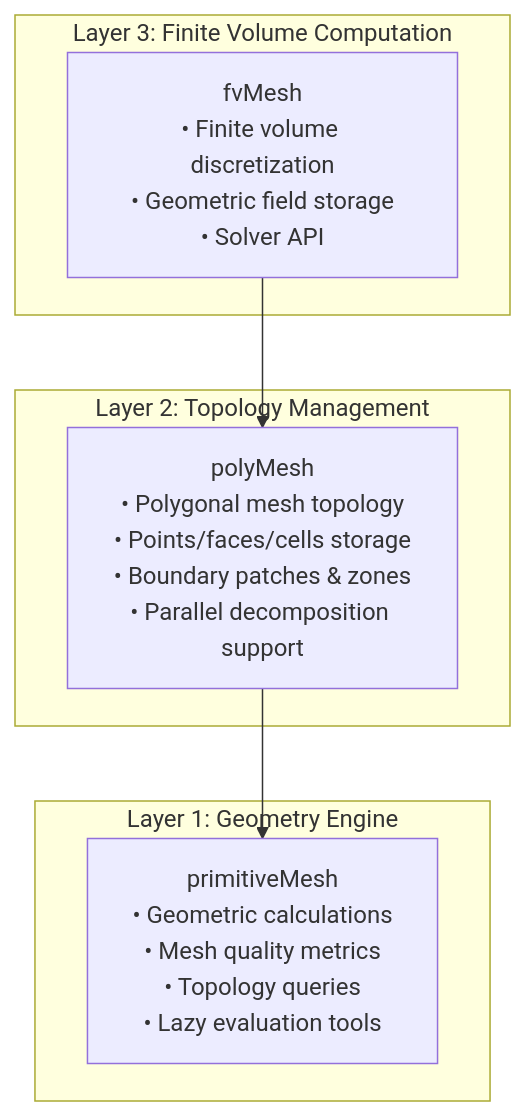
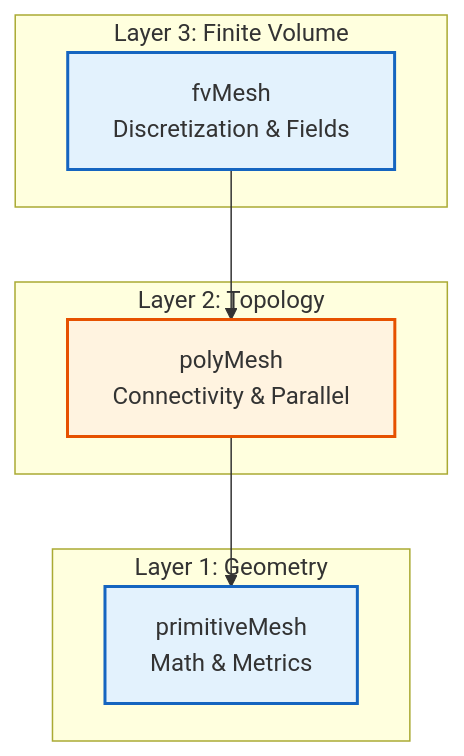
The diagram in MODULE_05_OPENFOAM_PROGRAMMING/CONTENT/04_MESH_CLASSES/00_Overview.md (wramet/build-my-cfd), drawn with Mermaid before and after one commit. The commit also changed 313 other files, not shown here.

Commit message:
Revise all diagram

````diff
--- a/MODULE_05_OPENFOAM_PROGRAMMING/CONTENT/04_MESH_CLASSES/00_Overview.md
+++ b/MODULE_05_OPENFOAM_PROGRAMMING/CONTENT/04_MESH_CLASSES/00_Overview.md
@@ -25,17 +25,21 @@
 ```mermaid
 flowchart TD
-    subgraph Layer3["Layer 3: Finite Volume Computation"]
-        FVM["fvMesh<br/>• Finite volume discretization<br/>• Geometric field storage<br/>• Solver API"]
-    end
+%% Classes
+classDef explicit fill:#fff3e0,stroke:#e65100,stroke-width:2px;
+classDef implicit fill:#e3f2fd,stroke:#1565c0,stroke-width:2px;
+%% Nodes
+subgraph Layer3 [Layer 3: Finite Volume]
+    FVM[fvMesh<br/>Discretization & Fields]:::implicit
+end
 
-    subgraph Layer2["Layer 2: Topology Management"]
-        PM["polyMesh<br/>• Polygonal mesh topology<br/>• Points/faces/cells storage<br/>• Boundary patches & zones<br/>• Parallel decomposition support"]
-    end
+subgraph Layer2 [Layer 2: Topology]
+    PM[polyMesh<br/>Connectivity & Parallel]:::explicit
+end
 
-    subgraph Layer1["Layer 1: Geometry Engine"]
-        PSM["primitiveMesh<br/>• Geometric calculations<br/>• Mesh quality metrics<br/>• Topology queries<br/>• Lazy evaluation tools"]
-    end
+subgraph Layer1 [Layer 1: Geometry]
+    PSM[primitiveMesh<br/>Math & Metrics]:::implicit
+end
 
-    FVM --> PM
-    PM --> PSM
+FVM --> PM
+PM --> PSM
 ```
````
